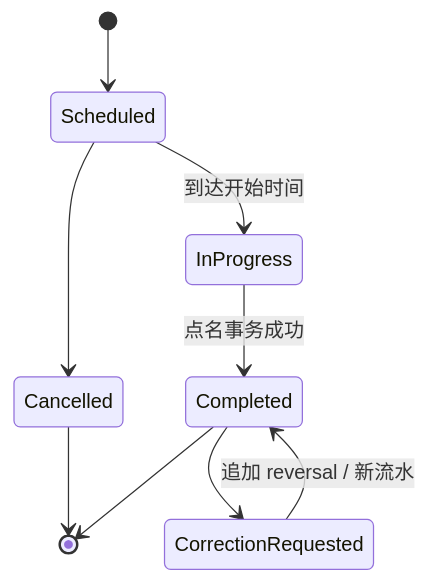
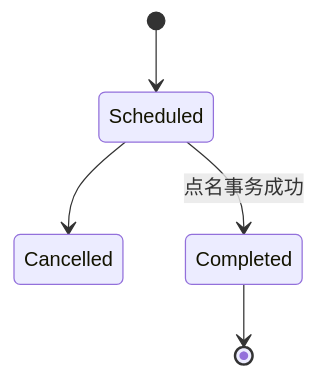
The third of 6 diagrams in ARCHITECTURE.md (MadMax3366/Austin_homework), drawn with Mermaid before and after one commit. The commit also changed other lines of this file and 4 other files, not shown here.

Commit message:
docs: document full architecture demo and validation

````diff
--- a/ARCHITECTURE.md
+++ b/ARCHITECTURE.md
@@ -142,11 +126,7 @@
 ```mermaid
 stateDiagram-v2
   [*] --> Scheduled
   Scheduled --> Cancelled
-  Scheduled --> InProgress: 到达开始时间
-  InProgress --> Completed: 点名事务成功
-  Completed --> CorrectionRequested
-  CorrectionRequested --> Completed: 追加 reversal / 新流水
-  Cancelled --> [*]
+  Scheduled --> Completed: 点名事务成功
   Completed --> [*]
 ```
````
